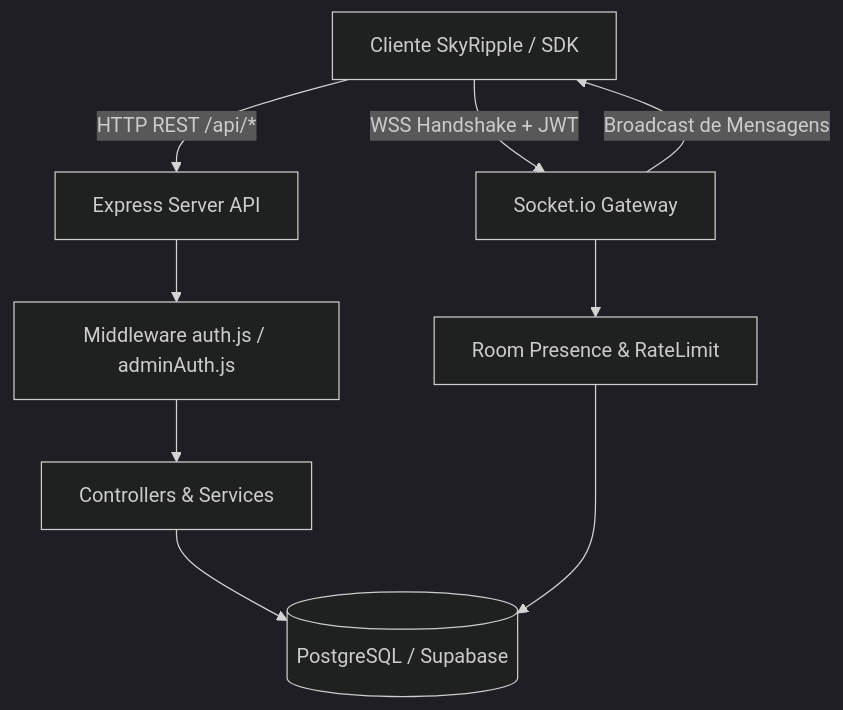
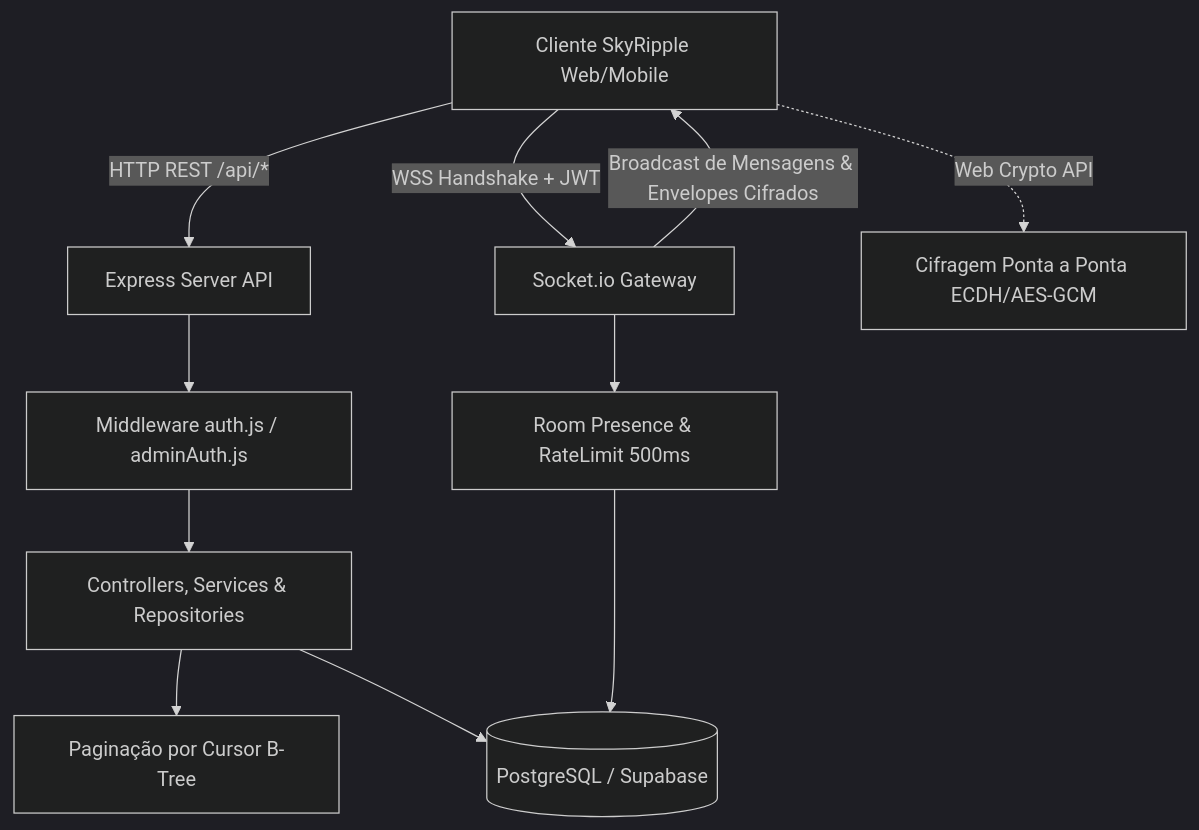
One commit to LucasRamosSilva-15/WebChat changed the diagram in docs/guides/overview.mdx. Above: the diagram before and after it, drawn with Mermaid (dark theme). The commit also changed other lines of this file and 9 other files, not shown here.

````diff
--- a/docs/guides/overview.mdx
+++ b/docs/guides/overview.mdx
@@ -39,11 +39,13 @@
 ```mermaid
 graph TD
-    Client[Cliente SkyRipple / SDK] -->|HTTP REST /api/*| Express[Express Server API]
+    Client[Cliente SkyRipple Web/Mobile] -->|HTTP REST /api/*| Express[Express Server API]
     Client -->|WSS Handshake + JWT| SocketIO[Socket.io Gateway]
+    Client -.->|Web Crypto API| E2EE[Cifragem Ponta a Ponta ECDH/AES-GCM]
     Express --> AuthMW[Middleware auth.js / adminAuth.js]
-    AuthMW --> Controllers[Controllers & Services]
+    AuthMW --> Controllers[Controllers, Services & Repositories]
+    Controllers --> CursorEngine[Paginação por Cursor B-Tree]
     Controllers --> Postgres[(PostgreSQL / Supabase)]
-    SocketIO --> RoomPresence[Room Presence & RateLimit]
+    SocketIO --> RoomPresence[Room Presence & RateLimit 500ms]
     RoomPresence --> Postgres
-    SocketIO -->|Broadcast de Mensagens| Client
+    SocketIO -->|Broadcast de Mensagens & Envelopes Cifrados| Client
 ```
````
